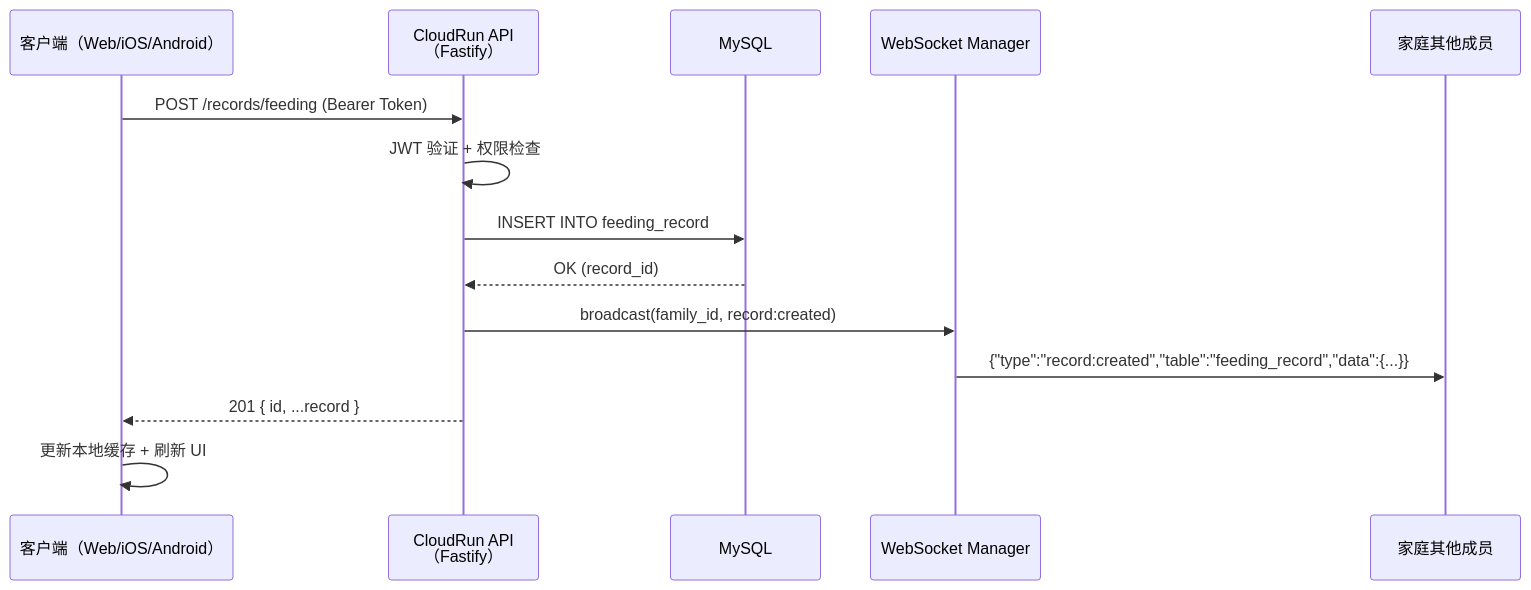
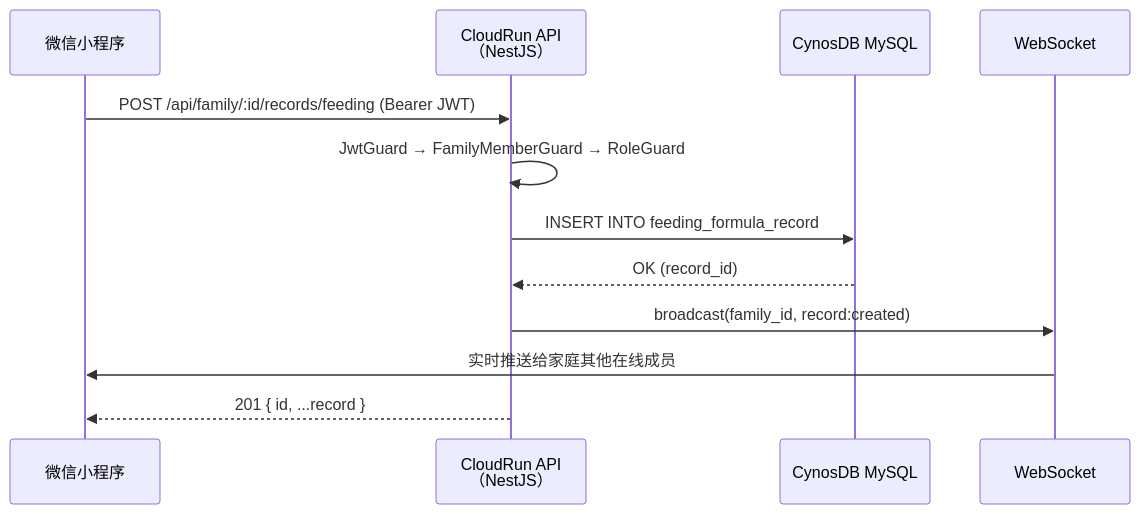
Before and after one commit to BingBlog/minicare: the diagram in docs/architecture.md, drawn with Mermaid. The commit also changed other lines of this file and 17 other files, not shown here.

````diff
--- a/docs/architecture.md
+++ b/docs/architecture.md
@@ -454,17 +255,15 @@
 ```mermaid
 sequenceDiagram
-    participant C as 客户端（Web/iOS/Android）
-    participant API as CloudRun API<br/>（Fastify）
-    participant DB as MySQL
-    participant WS as WebSocket Manager
-    participant F as 家庭其他成员
+    participant C as 微信小程序
+    participant API as CloudRun API<br/>（NestJS）
+    participant DB as CynosDB MySQL
+    participant WS as WebSocket
 
-    C->>API: POST /records/feeding (Bearer Token)
-    API->>API: JWT 验证 + 权限检查
-    API->>DB: INSERT INTO feeding_record
+    C->>API: POST /api/family/:id/records/feeding (Bearer JWT)
+    API->>API: JwtGuard → FamilyMemberGuard → RoleGuard
+    API->>DB: INSERT INTO feeding_formula_record
     DB-->>API: OK (record_id)
     API->>WS: broadcast(family_id, record:created)
-    WS->>F: {"type":"record:created","table":"feeding_record","data":{...}}
+    WS->>C: 实时推送给家庭其他在线成员
     API-->>C: 201 { id, ...record }
-    C->>C: 更新本地缓存 + 刷新 UI
 ```
````
